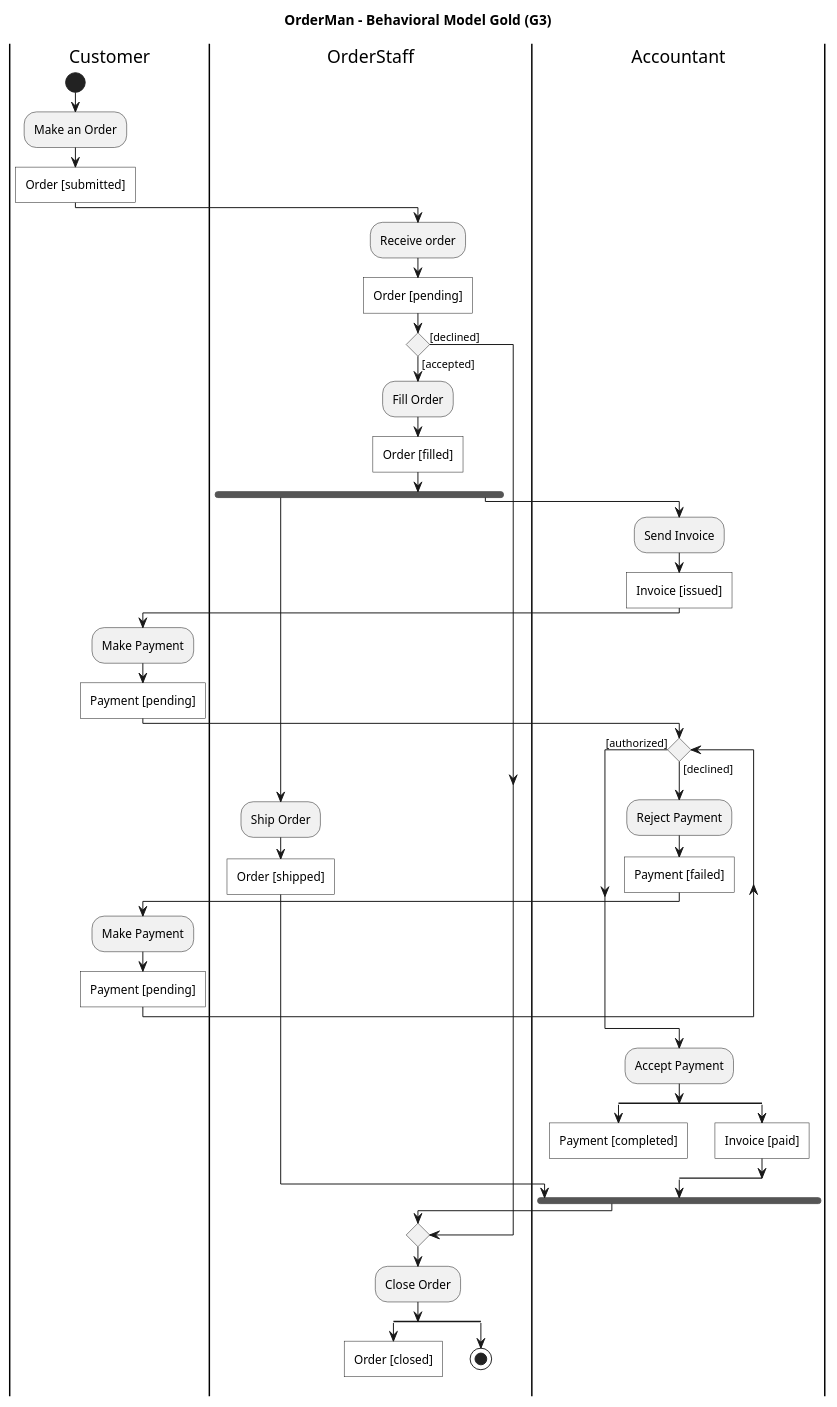
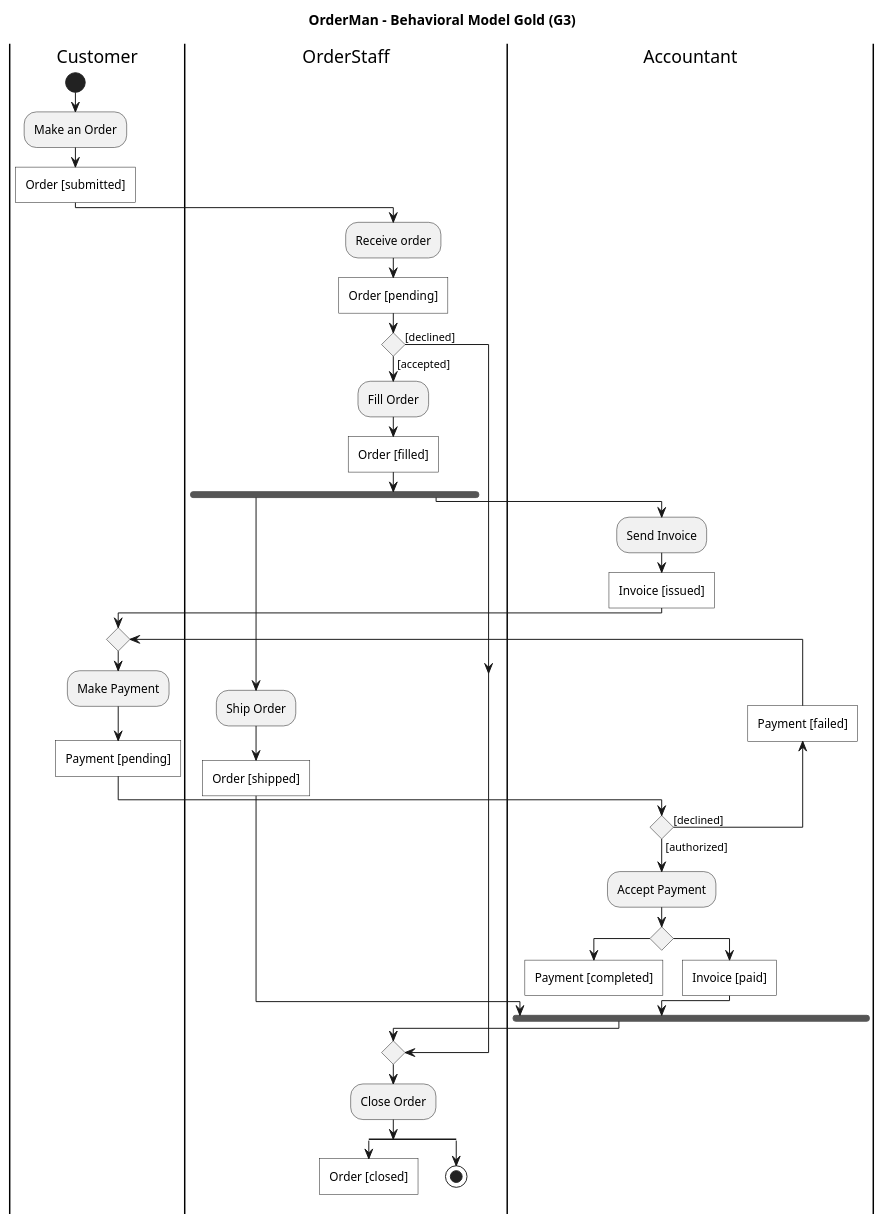
The diagram in materials/G3-behavioral-model.puml (swinilab/validation4llmagents), drawn with PlantUML before and after one commit. The commit also changed 74 other files, not shown here.

```diff
--- a/materials/G3-behavioral-model.puml
+++ b/materials/G3-behavioral-model.puml
@@ -1,61 +1,61 @@
 @startuml behavioral
 title OrderMan - Behavioral Model Gold (G3)
 
 <style>
 activity {
   .obj {
     RoundCorner 0
     BackgroundColor #FFFFFF
   }
 }
 </style>
 
 |Customer|
 start
 :Make an Order;
 :Order [submitted]; <<obj>>
 
 |OrderStaff|
 :Receive order;
 :Order [pending]; <<obj>>
 if () then ([accepted])
   :Fill Order;
   :Order [filled]; <<obj>>
   fork
     :Ship Order;
     :Order [shipped]; <<obj>>
   fork again
     |Accountant|
     :Send Invoice;
     :Invoice [issued]; <<obj>>
+
     |Customer|
-    :Make Payment;
-    :Payment [pending]; <<obj>>
-    |Accountant|
-    while () is ([declined])
-      :Reject Payment;
-      :Payment [failed]; <<obj>>
-      |Customer|
+    repeat
       :Make Payment;
       :Payment [pending]; <<obj>>
       |Accountant|
-    endwhile ([authorized])
+      
+     
+       backward:Payment [failed]; <<obj>>
+    
+    repeat while () is ([declined]) not ([authorized])
+    
     :Accept Payment;
-    split
+    if () 
       :Payment [completed]; <<obj>>
       detach
-    split again
+    else ()
       :Invoice [paid]; <<obj>>
-    end split
+    endif
   end fork
   |OrderStaff|
 else ([declined])
 endif
 :Close Order;
 split
   :Order [closed]; <<obj>>
   detach
 split again
   stop
 end split
 @enduml
```
